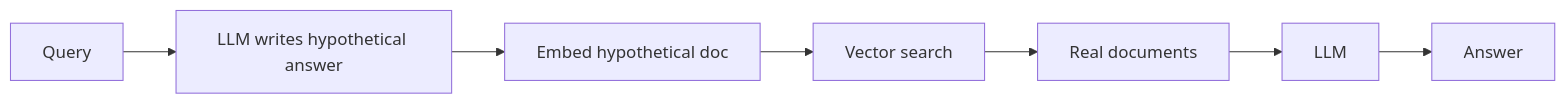
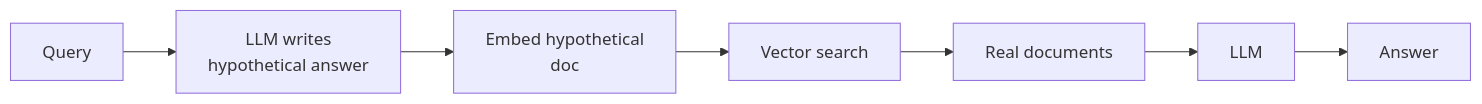
One commit to ajay-nikumbh/RAG-From-Basics-to-Production changed the diagram in 04. HyDE RAG/README.md. Above: the diagram before and after it, drawn with Mermaid. The commit also changed other lines of this file and 38 other files, not shown here.

First line of the commit message:
Group root README by pattern, widen tables, wrap diagram labels

````diff
--- a/04. HyDE RAG/README.md
+++ b/04. HyDE RAG/README.md
@@ -24,5 +24,5 @@
 ```mermaid
 flowchart LR
-    Q[Query] --> G[LLM writes hypothetical answer] --> E[Embed hypothetical doc]
+    Q[Query] --> G[LLM writes<br/>hypothetical answer] --> E[Embed hypothetical<br/>doc]
     E --> R[Vector search] --> C[Real documents] --> L[LLM] --> A[Answer]
 ```
````
